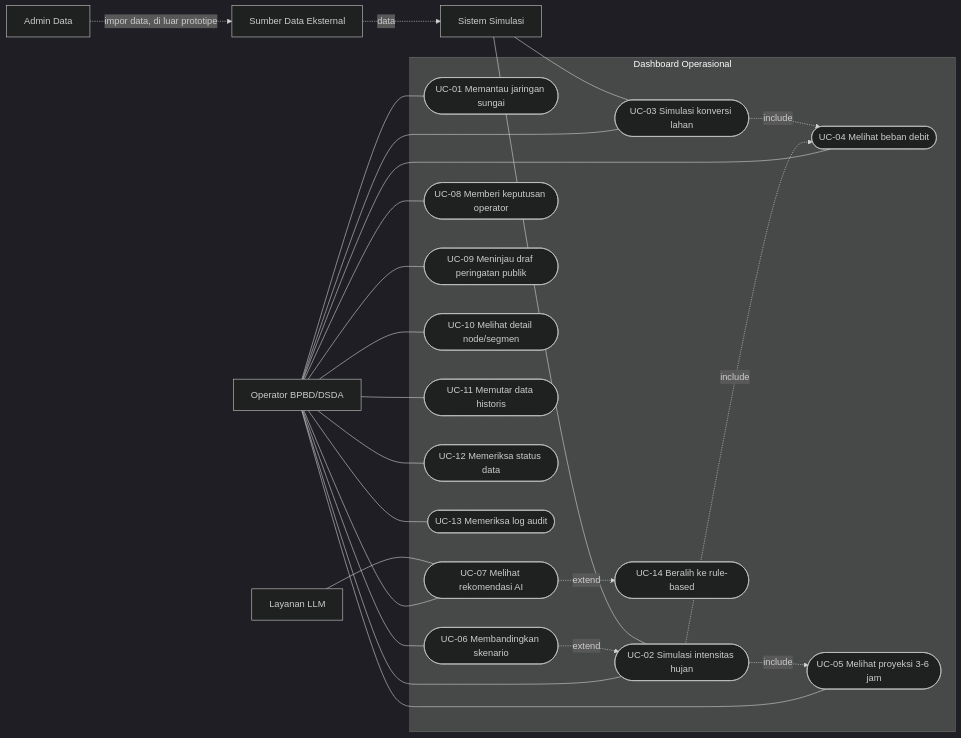
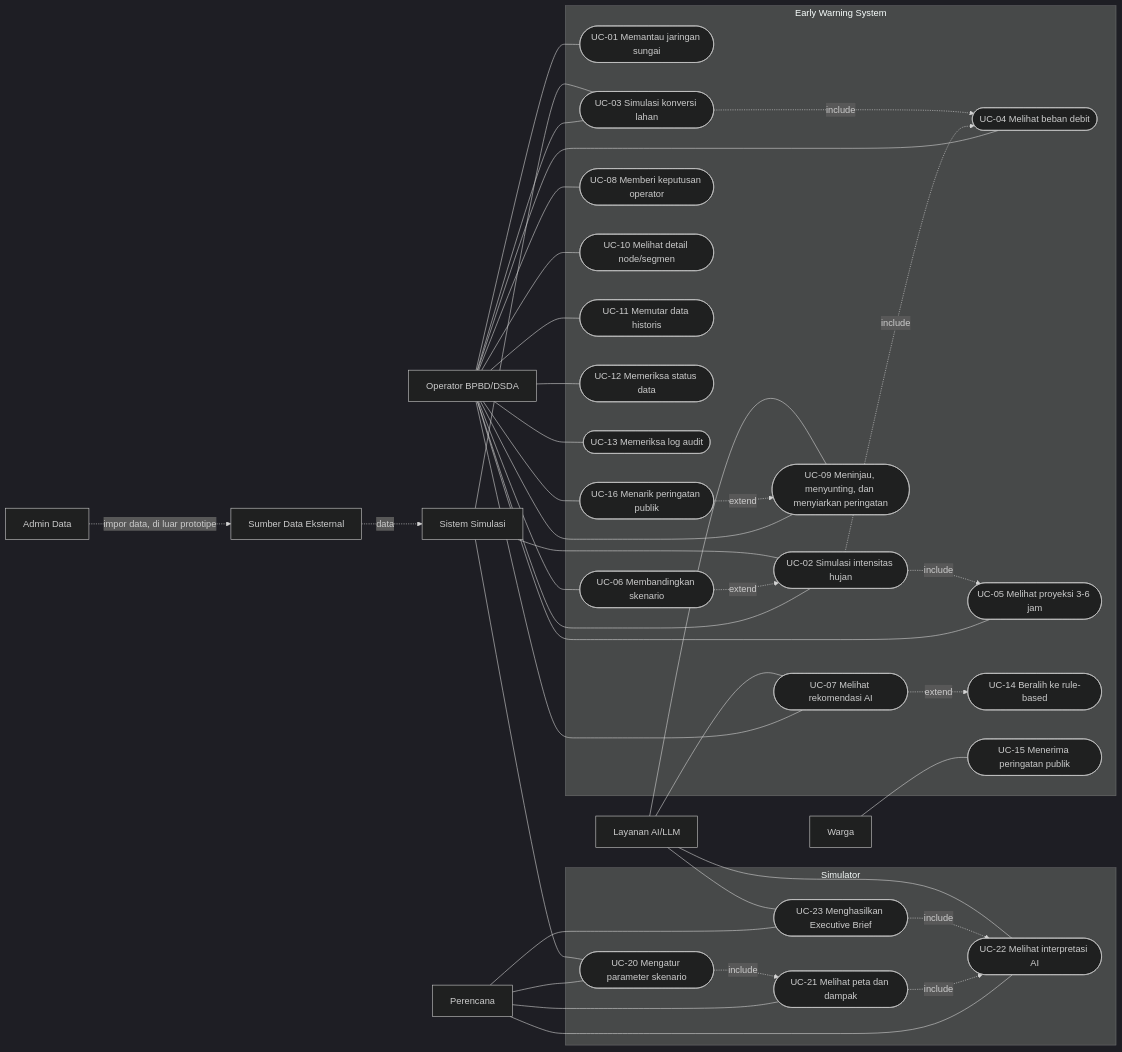
One commit to argonurcahyo/si_bridges changed the diagram in docs/analysis/use-cases.md. Above: the diagram before and after it, drawn with Mermaid (dark theme). The commit also changed other lines of this file and 126 other files, not shown here.

````diff
--- a/docs/analysis/use-cases.md
+++ b/docs/analysis/use-cases.md
@@ -19,51 +28,77 @@
 ```mermaid
 flowchart LR
     OP[Operator BPBD/DSDA]
+    WG[Warga]
+    PR[Perencana]
     AD[Admin Data]
     SIM[Sistem Simulasi]
-    LLM[Layanan LLM]
+    LLM[Layanan AI/LLM]
     EXT[Sumber Data Eksternal]
 
-    subgraph Dashboard Operasional
+    subgraph EWS[Early Warning System]
         UC01([UC-01 Memantau jaringan sungai])
         UC02([UC-02 Simulasi intensitas hujan])
         UC03([UC-03 Simulasi konversi lahan])
         UC04([UC-04 Melihat beban debit])
         UC05([UC-05 Melihat proyeksi 3-6 jam])
         UC06([UC-06 Membandingkan skenario])
         UC07([UC-07 Melihat rekomendasi AI])
         UC08([UC-08 Memberi keputusan operator])
-        UC09([UC-09 Meninjau draf peringatan publik])
+        UC09([UC-09 Meninjau, menyunting, dan menyiarkan peringatan])
         UC10([UC-10 Melihat detail node/segmen])
         UC11([UC-11 Memutar data historis])
         UC12([UC-12 Memeriksa status data])
         UC13([UC-13 Memeriksa log audit])
         UC14([UC-14 Beralih ke rule-based])
+        UC15([UC-15 Menerima peringatan publik])
+        UC16([UC-16 Menarik peringatan publik])
+    end
+
+    subgraph SIMSUB[Simulator]
+        UC20([UC-20 Mengatur parameter skenario])
+        UC21([UC-21 Melihat peta dan dampak])
+        UC22([UC-22 Melihat interpretasi AI])
+        UC23([UC-23 Menghasilkan Executive Brief])
     end
 
     OP --- UC01
     OP --- UC02
     OP --- UC03
     OP --- UC04
     OP --- UC05
     OP --- UC06
     OP --- UC07
     OP --- UC08
     OP --- UC09
     OP --- UC10
     OP --- UC11
     OP --- UC12
     OP --- UC13
+    OP --- UC16
+
+    WG --- UC15
+    PR --- UC20
+    PR --- UC21
+    PR --- UC22
+    PR --- UC23
 
     UC02 -.->|include| UC04
     UC03 -.->|include| UC04
     UC02 -.->|include| UC05
     UC07 -.->|extend| UC14
     UC06 -.->|extend| UC02
+    UC16 -.->|extend| UC09
+    UC20 -.->|include| UC21
+    UC21 -.->|include| UC22
+    UC23 -.->|include| UC22
 
     SIM --- UC02
     SIM --- UC03
+    SIM --- UC20
     LLM --- UC07
+    LLM --- UC09
+    LLM --- UC22
+    LLM --- UC23
     EXT -.->|data| SIM
     AD -.->|impor data, di luar prototipe| EXT
 ```
````
